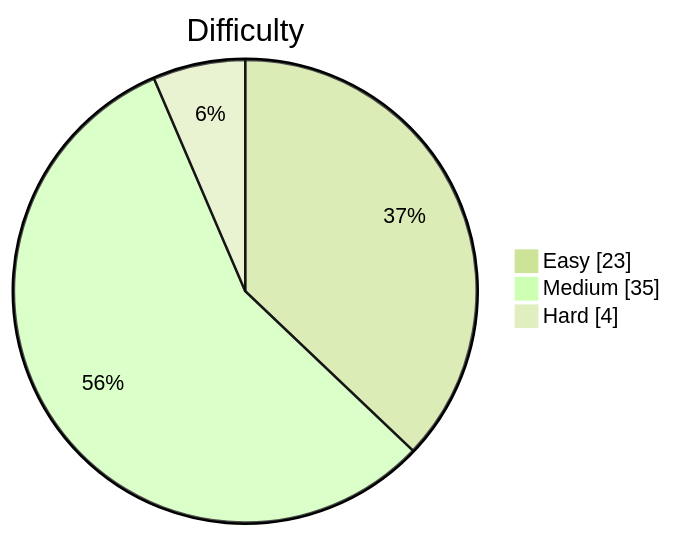
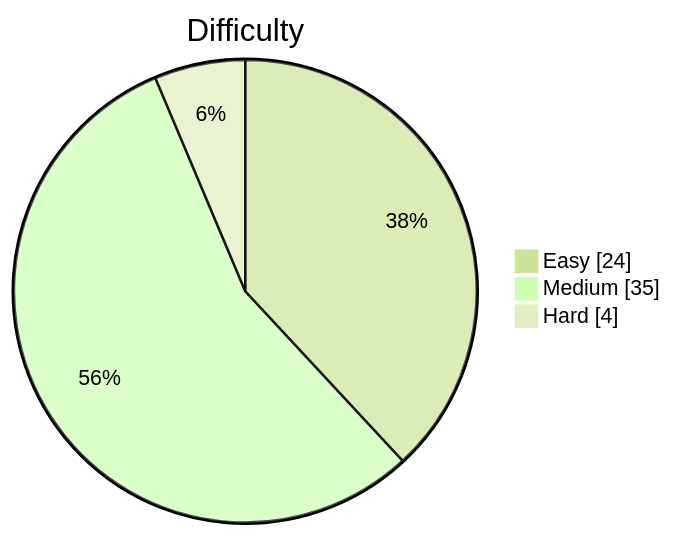
One commit to kevstevie/python-algo-practice changed the diagram in README.md. Above: the diagram before and after it, drawn with Mermaid (forest theme). The commit also changed other lines of this file, not shown here.

````diff
--- a/README.md
+++ b/README.md
@@ -13,7 +13,7 @@
 ```mermaid
 pie showData
     title Difficulty
-    "Easy"   : 23
+    "Easy"   : 24
     "Medium" : 35
     "Hard"   : 4
 ```
````
